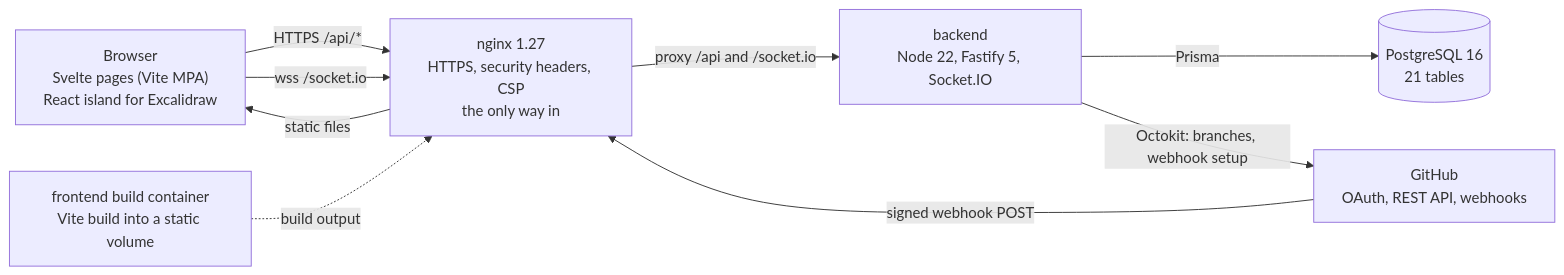
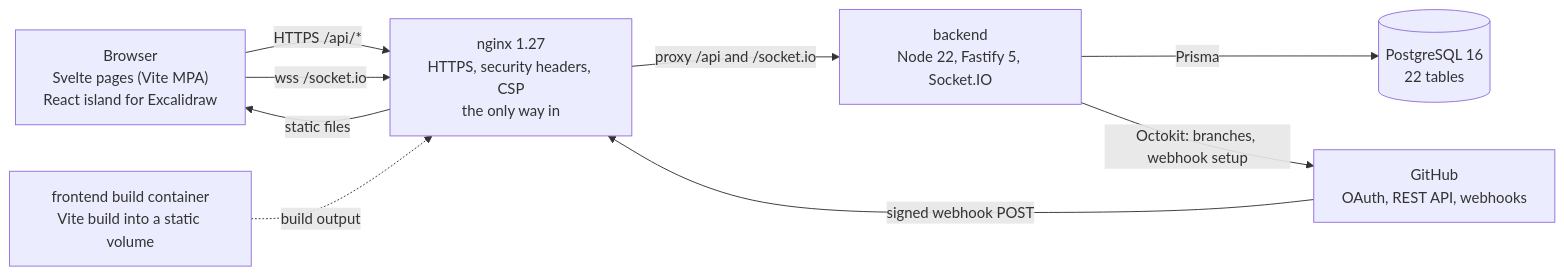
One commit to lumaruyam/ft_transcendence changed the first of 2 diagrams in README.md. Above: the diagram before and after it, drawn with Mermaid. The commit also changed other lines of this file, not shown here.

Commit message:
docs(readme): account for app_settings from PR #33 (22 tables)

````diff
--- a/README.md
+++ b/README.md
@@ -149,18 +149,18 @@
 ```mermaid
 flowchart LR
     B["Browser<br/>Svelte pages (Vite MPA)<br/>React island for Excalidraw"]
     N["nginx 1.27<br/>HTTPS, security headers, CSP<br/>the only way in"]
     A["backend<br/>Node 22, Fastify 5, Socket.IO"]
-    D[("PostgreSQL 16<br/>21 tables")]
+    D[("PostgreSQL 16<br/>22 tables")]
     F["frontend build container<br/>Vite build into a static volume"]
     G["GitHub<br/>OAuth, REST API, webhooks"]
 
     B -->|"HTTPS /api/*"| N
     B -->|"wss /socket.io"| N
     N -->|"static files"| B
     N -->|"proxy /api and /socket.io"| A
     A -->|"Prisma"| D
     F -.->|"build output"| N
     A -->|"Octokit: branches, webhook setup"| G
     G -->|"signed webhook POST"| N
 ```
````
